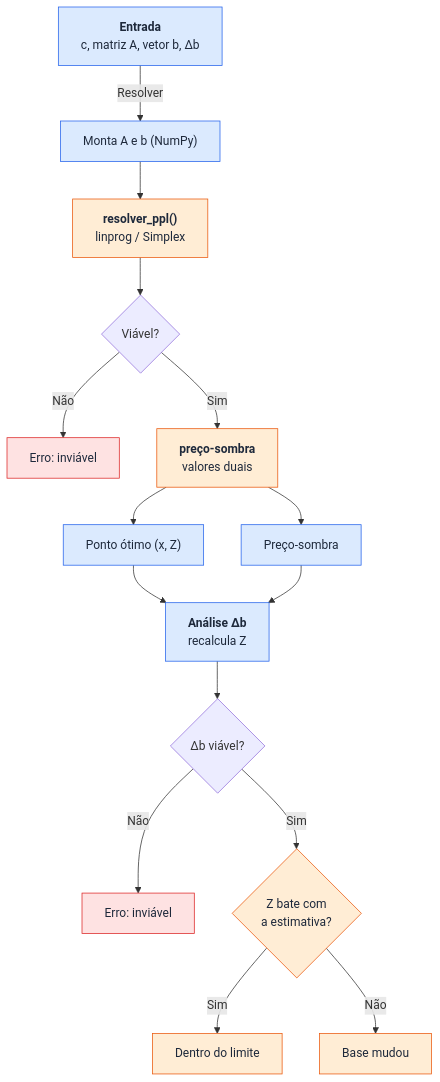
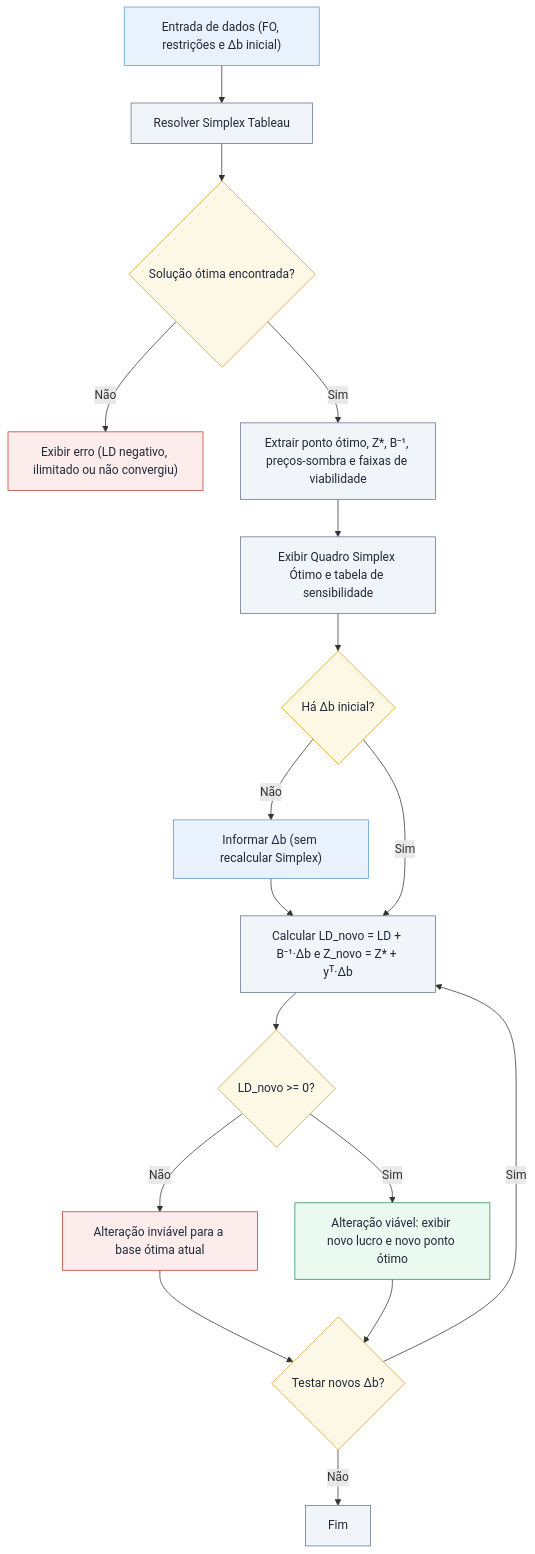
Before and after one commit to Frombull/trabalho-otimizacao-1: the diagram in README.md, drawn with Mermaid. The commit also changed other lines of this file and 2 other files, not shown here.

Commit message:
feat: implementa Simplex Tableau sem scipy com analise de sensibilidade

````diff
--- a/README.md
+++ b/README.md
@@ -35,33 +5,31 @@
 ```mermaid
 flowchart TD
-    A["<b>Entrada</b><br/>c, matriz A, vetor b, Δb"]
-    A -->|Resolver| B["Monta A e b (NumPy)"]
+    A["Entrada de dados (FO, restrições e Δb inicial)"] --> B["Resolver Simplex Tableau"]
+    B --> C{"Solução ótima encontrada?"}
+    C -- "Não" --> D["Exibir erro (LD negativo, ilimitado ou não convergiu)"]
+    C -- "Sim" --> E["Extrair ponto ótimo, Z*, B⁻¹, preços-sombra e faixas de viabilidade"]
+    E --> F["Exibir Quadro Simplex Ótimo e tabela de sensibilidade"]
+    F --> G{"Há Δb inicial?"}
+    G -- "Não" --> N["Informar Δb (sem recalcular Simplex)"]
+    N --> H["Calcular LD_novo = LD + B⁻¹·Δb e Z_novo = Z* + yᵀ·Δb"]
+    G -- "Sim" --> H
+    H --> I{"LD_novo >= 0?"}
+    I -- "Não" --> K["Alteração inviável para a base ótima atual"]
+    I -- "Sim" --> J["Alteração viável: exibir novo lucro e novo ponto ótimo"]
+    K --> L{"Testar novos Δb?"}
+    J --> L
+    L -- "Não" --> M["Fim"]
+    L -- "Sim" --> H
 
-    B --> C["<b>resolver_ppl()</b><br/>linprog / Simplex"]
+    classDef entrada fill:#e8f1fc,stroke:#5b9bd5,color:#1f2937
+    classDef processo fill:#f1f5f9,stroke:#64748b,color:#1f2937
+    classDef decisao fill:#fef9e7,stroke:#d4a017,color:#1f2937
+    classDef sucesso fill:#eafaf1,stroke:#2e8b57,color:#1f2937
+    classDef erro fill:#fdecec,stroke:#c0392b,color:#1f2937
 
-    C --> D{"Viável?"}
-    D -->|Não| E["Erro: inviável"]
-
-    D -->|Sim| F["<b>preço-sombra</b><br/>valores duais"]
-
-    F --> G["Ponto ótimo (x, Z)"]
-    F --> H["Preço-sombra"]
-
-    G --> I["<b>Análise Δb</b><br/>recalcula Z"]
-    H --> I
-
-    I --> J{"Δb viável?"}
-    J -->|Não| K["Erro: inviável"]
-    J -->|Sim| L{"Z bate com<br/>a estimativa?"}
-
-    L -->|Sim| M["Dentro do limite"]
-    L -->|Não| N["Base mudou"]
-
-    classDef codigo fill:#dbeafe,stroke:#2563eb,color:#1e293b;
-    classDef mat fill:#ffedd5,stroke:#ea580c,color:#1e293b;
-    classDef erro fill:#fee2e2,stroke:#dc2626,color:#1e293b;
-
-    class A,B,G,H,I codigo;
-    class C,F,L,M,N mat;
-    class E,K erro;
+    class A,N entrada
+    class B,E,F,H,M processo
+    class C,G,I,L decisao
+    class J sucesso
+    class D,K erro
 ```
````
